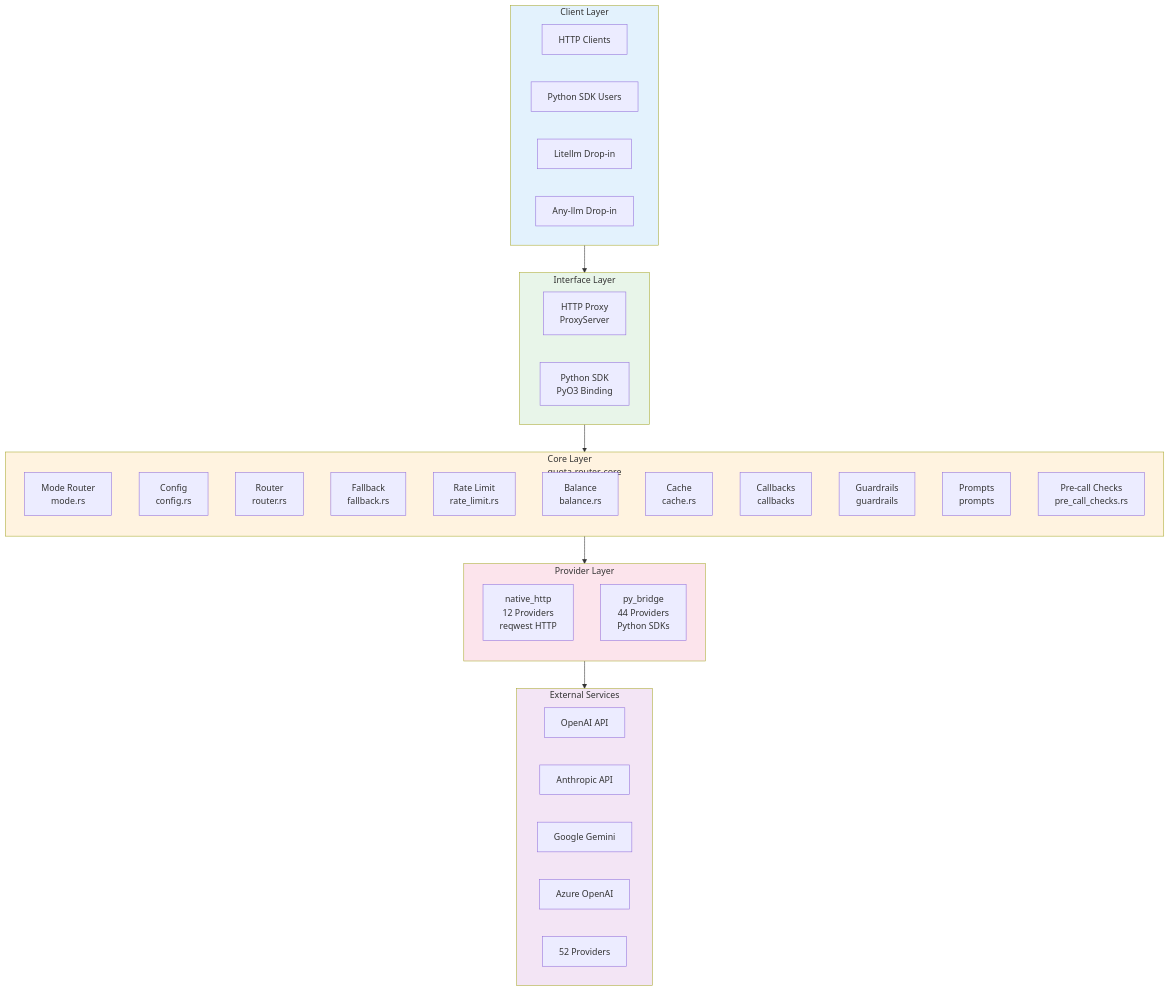
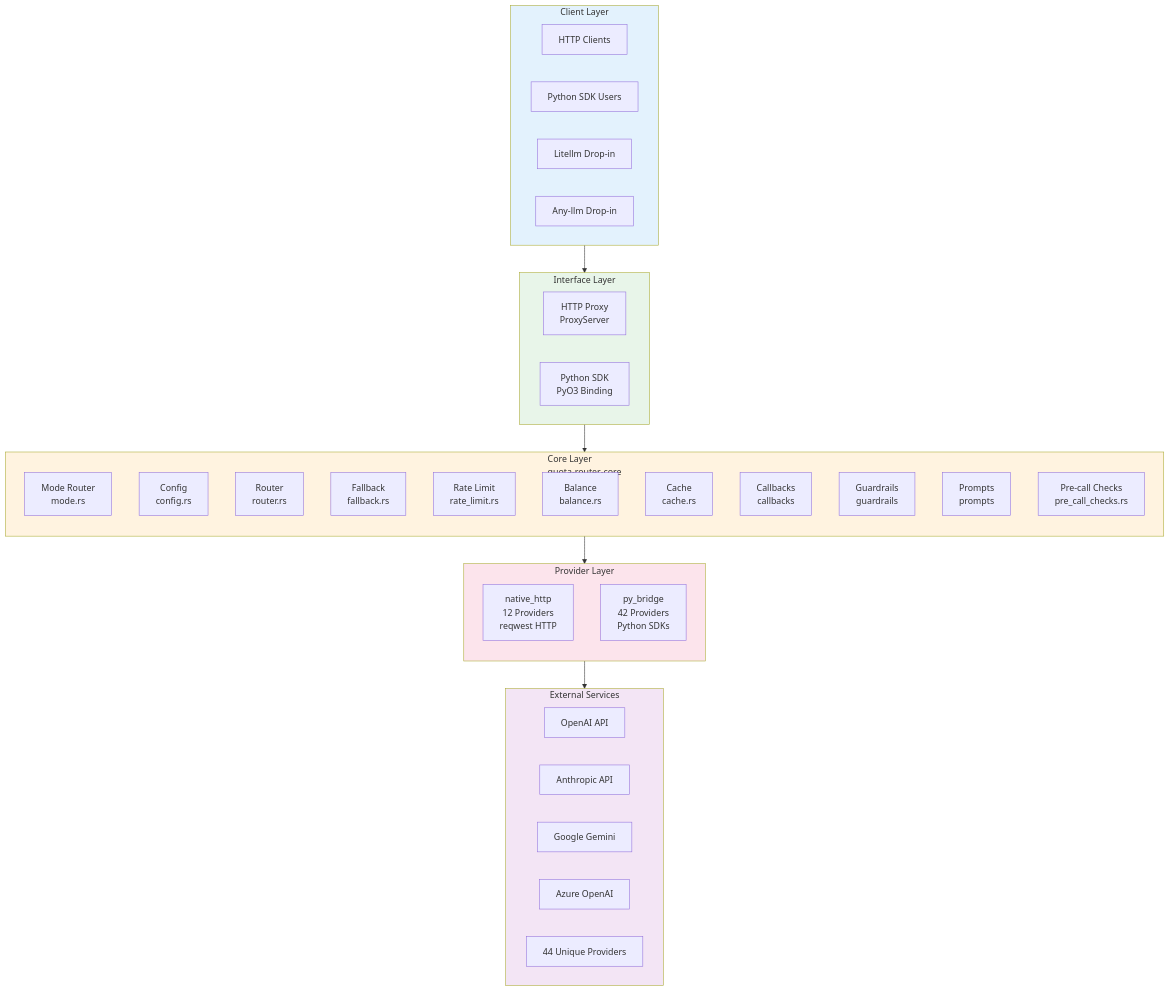
The first of 19 diagrams in docs/architecture/quota-router-architecture.md (CipherOcto/cipherocto), drawn with Mermaid before and after one commit. The commit also changed other lines of this file, not shown here.

````diff
--- a/docs/architecture/quota-router-architecture.md
+++ b/docs/architecture/quota-router-architecture.md
@@ -30,54 +30,54 @@
 ```mermaid
 graph TB
     subgraph Clients["Client Layer"]
         C1[HTTP Clients]
         C2[Python SDK Users]
         C3[Litellm Drop-in]
         C4[Any-llm Drop-in]
     end
 
     subgraph Interfaces["Interface Layer"]
         I1[HTTP Proxy<br/>ProxyServer]
         I2[Python SDK<br/>PyO3 Binding]
     end
 
     subgraph Core["Core Layer<br/>quota-router-core"]
         direction TB
         M1[Mode Router<br/>mode.rs]
         M2[Config<br/>config.rs]
         M3[Router<br/>router.rs]
         M4[Fallback<br/>fallback.rs]
         M5[Rate Limit<br/>rate_limit.rs]
         M6[Balance<br/>balance.rs]
         M7[Cache<br/>cache.rs]
         M8[Callbacks<br/>callbacks]
         M9[Guardrails<br/>guardrails]
         M10[Prompts<br/>prompts]
         M11[Pre-call Checks<br/>pre_call_checks.rs]
     end
 
     subgraph Providers["Provider Layer"]
         direction TB
         P1[native_http<br/>12 Providers<br/>reqwest HTTP]
-        P2[py_bridge<br/>44 Providers<br/>Python SDKs]
+        P2[py_bridge<br/>42 Providers<br/>Python SDKs]
     end
 
     subgraph External["External Services"]
         E1[OpenAI API]
         E2[Anthropic API]
         E3[Google Gemini]
         E4[Azure OpenAI]
-        E5[52 Providers]
+        E5[44 Unique Providers]
     end
 
     Clients --> Interfaces
     Interfaces --> Core
     Core --> Providers
     Providers --> External
 
     style Clients fill:#e3f2fd
     style Interfaces fill:#e8f5e9
     style Core fill:#fff3e0
     style Providers fill:#fce4ec
     style External fill:#f3e5f5
 ```
````
